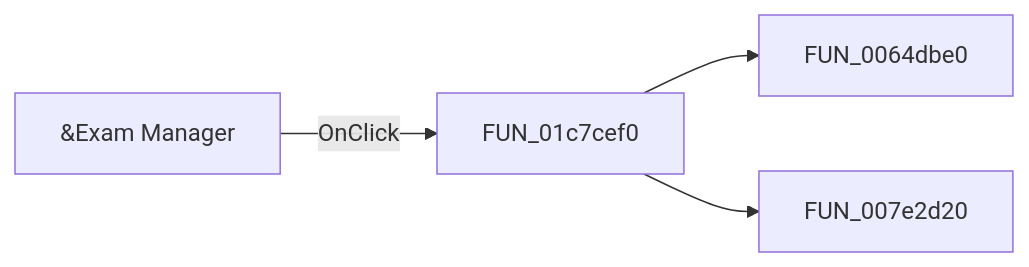
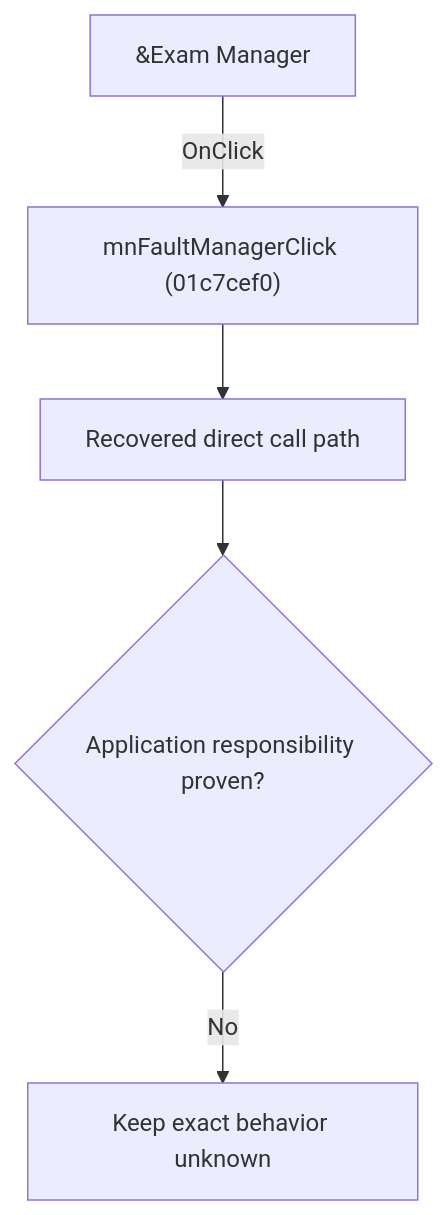
The diagram in docs/ui-controls/schematiceditor/mnfaultmanager-464a2f5993.md (MovGP0/TIARA), drawn with Mermaid before and after one commit. The commit also changed other lines of this file and 1062 other files, not shown here.

````diff
--- a/docs/ui-controls/schematiceditor/mnfaultmanager-464a2f5993.md
+++ b/docs/ui-controls/schematiceditor/mnfaultmanager-464a2f5993.md
@@ -27,6 +27,7 @@
 ```mermaid
-flowchart LR
-    control["&Exam Manager"] -->|OnClick| handler["FUN_01c7cef0"]
-    handler --> call1["FUN_0064dbe0"]
-    handler --> call2["FUN_007e2d20"]
+flowchart TD
+    control["&Exam Manager"] -->|"OnClick"| handler["mnFaultManagerClick (01c7cef0)"]
+    handler --> recovered["Recovered direct call path"]
+    recovered --> gap{"Application responsibility proven?"}
+    gap -->|"No"| blocked["Keep exact behavior unknown"]
 ```
````
